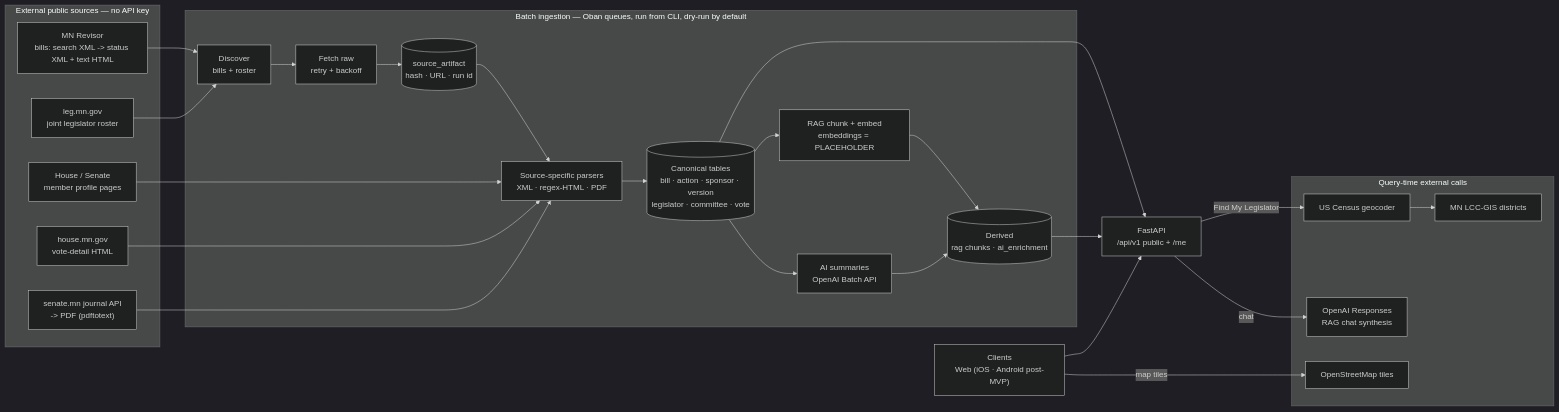
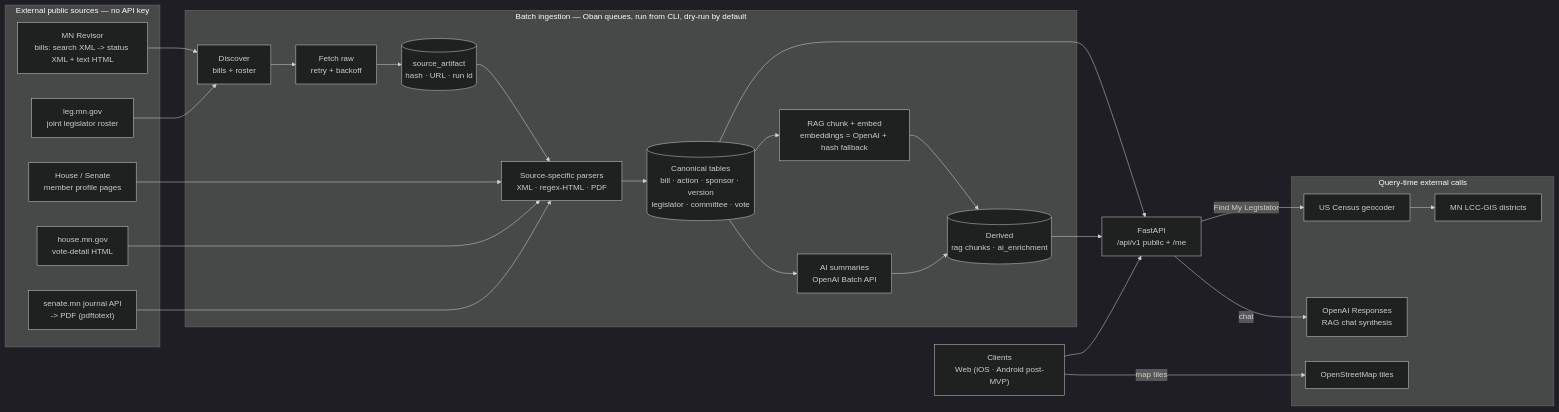
Before and after one commit to alethical-org/alethical: the diagram in docs/data-ingestion-onboarding.md, drawn with Mermaid (dark theme). The commit also changed other lines of this file and 2 other files, not shown here.

First line of the commit message:
docs: correct stale RAG-embeddings "placeholder" note to match code

````diff
--- a/docs/data-ingestion-onboarding.md
+++ b/docs/data-ingestion-onboarding.md
@@ -28,45 +28,45 @@
 ```mermaid
 flowchart LR
   subgraph SRC["External public sources — no API key"]
     REV["MN Revisor<br/>bills: search XML -> status XML + text HTML"]
     ROST["leg.mn.gov<br/>joint legislator roster"]
     PROF["House / Senate<br/>member profile pages"]
     HV["house.mn.gov<br/>vote-detail HTML"]
     SV["senate.mn journal API<br/>-> PDF (pdftotext)"]
   end
 
   subgraph PIPE["Batch ingestion — Oban queues, run from CLI, dry-run by default"]
     DISC["Discover<br/>bills + roster"]
     FETCH["Fetch raw<br/>retry + backoff"]
     ART[("source_artifact<br/>hash · URL · run id")]
     PARSE["Source-specific parsers<br/>XML · regex-HTML · PDF"]
     CANON[("Canonical tables<br/>bill · action · sponsor · version<br/>legislator · committee · vote")]
-    RAG["RAG chunk + embed<br/>embeddings = PLACEHOLDER"]
+    RAG["RAG chunk + embed<br/>embeddings = OpenAI + hash fallback"]
     AIENR["AI summaries<br/>OpenAI Batch API"]
     DERIV[("Derived<br/>rag chunks · ai_enrichment")]
     DISC --> FETCH --> ART --> PARSE --> CANON
     CANON --> RAG --> DERIV
     CANON --> AIENR --> DERIV
   end
 
   REV --> DISC
   ROST --> DISC
   PROF --> PARSE
   HV --> PARSE
   SV --> PARSE
 
   CANON --> API["FastAPI<br/>/api/v1 public + /me"]
   DERIV --> API
 
   subgraph RT["Query-time external calls"]
     GEO["US Census geocoder"]
     GIS["MN LCC-GIS districts"]
     OAI["OpenAI Responses<br/>RAG chat synthesis"]
     OSM["OpenStreetMap tiles"]
   end
 
   CL["Clients<br/>Web (iOS · Android post-MVP)"] --> API
   API -->|"Find My Legislator"| GEO --> GIS
   API -->|"chat"| OAI
   CL -->|"map tiles"| OSM
 ```
````
